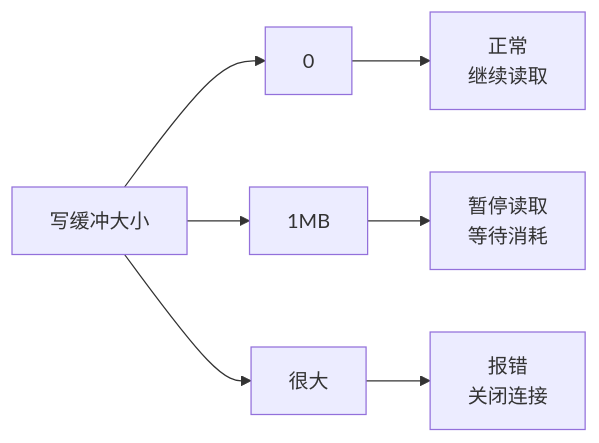
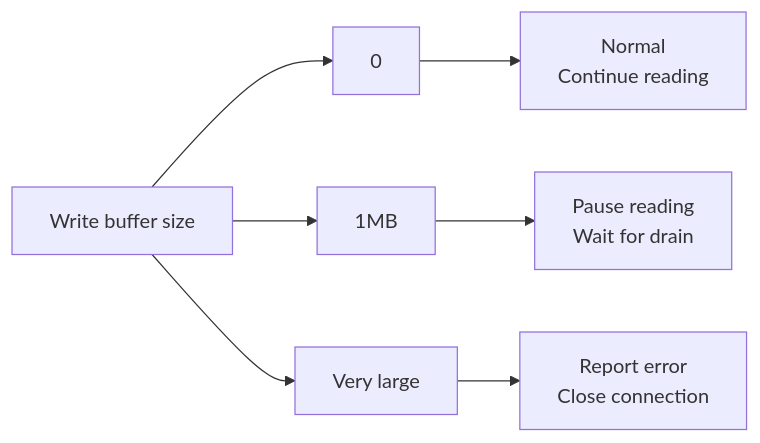
One commit to cuihairu/skynet changed the third of 4 diagrams in docs/analysis/socket-server.md. Above: the diagram before and after it, drawn with Mermaid. The commit also changed other lines of this file and 86 other files, not shown here.

````diff
--- a/docs/analysis/socket-server.md
+++ b/docs/analysis/socket-server.md
@@ -343,9 +343,9 @@
 ```mermaid
 graph LR
-    A[写缓冲大小] --> B[0]
-    A --> C[1MB]
-    A --> D[很大]
-    B --> E[正常<br/>继续读取]
-    C --> F[暂停读取<br/>等待消耗]
-    D --> G[报错<br/>关闭连接]
+    A["Write buffer size"] --> B["0"]
+    A --> C["1MB"]
+    A --> D["Very large"]
+    B --> E["Normal<br/>Continue reading"]
+    C --> F["Pause reading<br/>Wait for drain"]
+    D --> G["Report error<br/>Close connection"]
 ```
````
